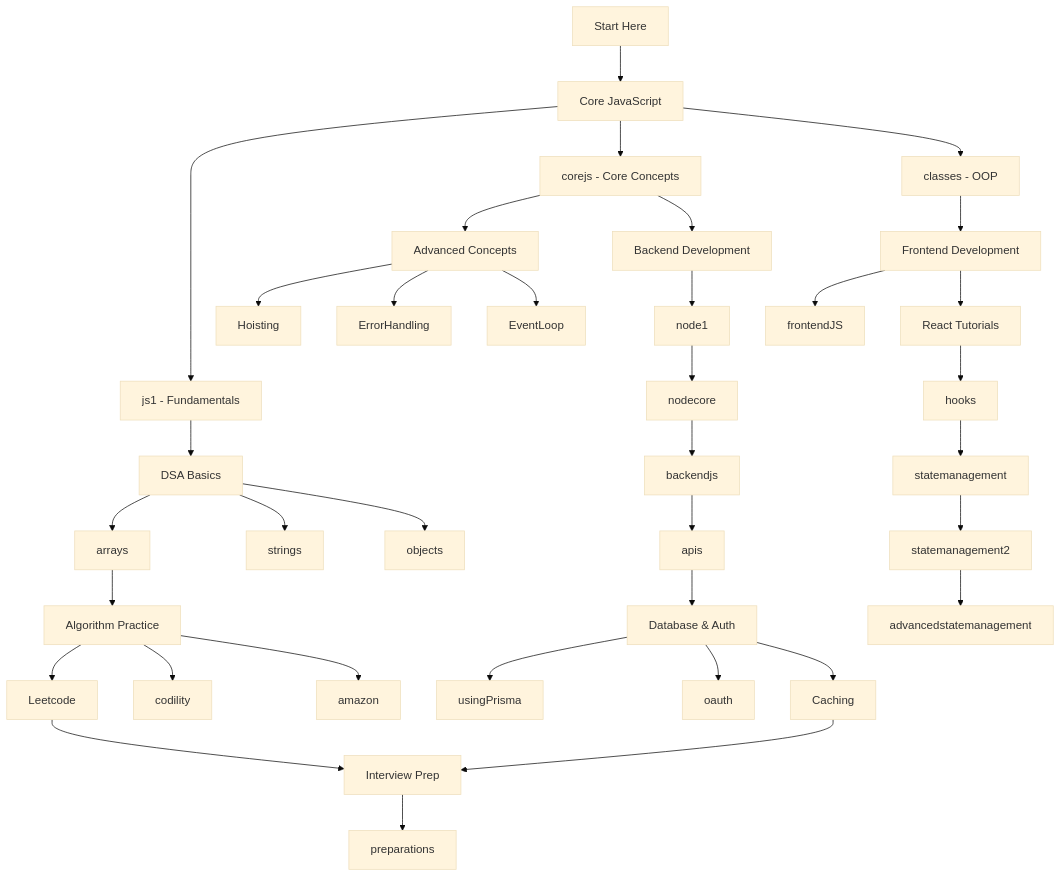
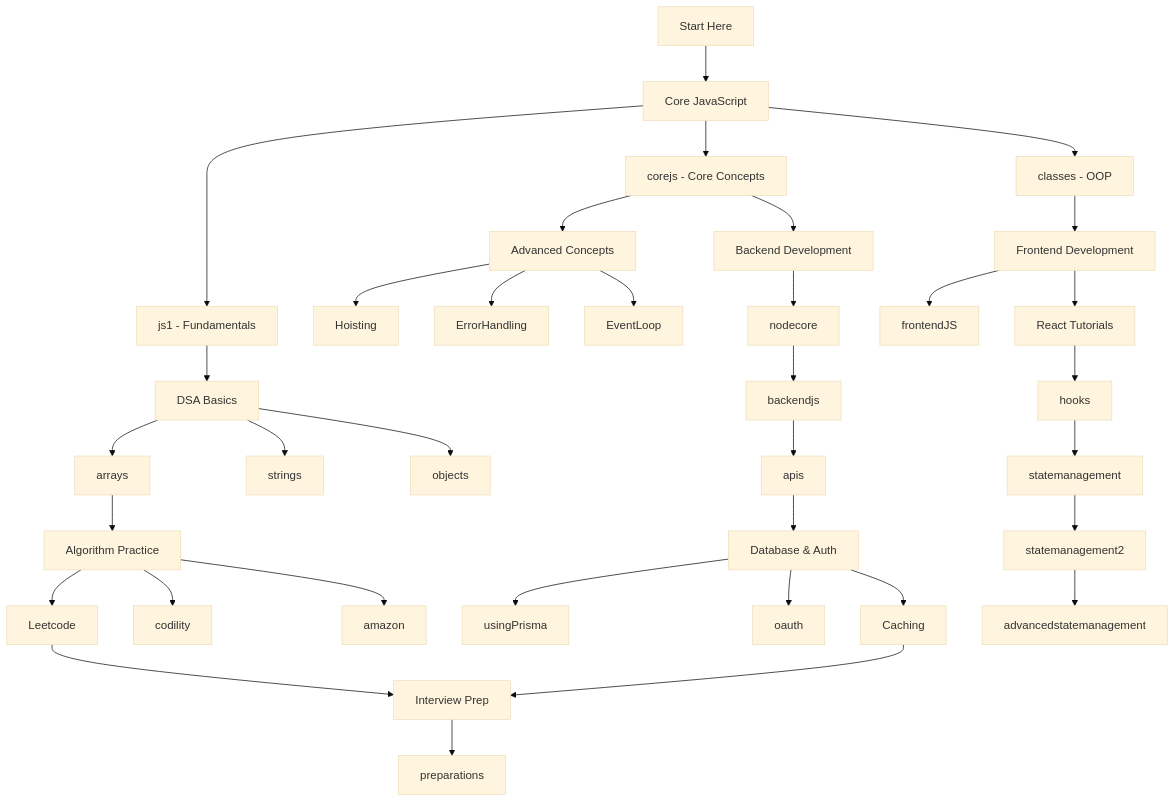
The diagram in README.md (Ritahchanger/Javascript-playground), drawn with Mermaid (base theme) before and after one commit. The commit also changed other lines of this file and 2 other files, not shown here.

First line of the commit message:
Remove empty node1 scaffold

````diff
--- a/README.md
+++ b/README.md
@@ -270,45 +266,44 @@
 ```mermaid
 graph TD
     A[Start Here] --> B[Core JavaScript]
     B --> C[js1 - Fundamentals]
     B --> D[corejs - Core Concepts]
     B --> E[classes - OOP]
     
     C --> F[DSA Basics]
     F --> G[arrays]
     F --> H[strings]
     F --> I[objects]
     
     G --> J[Algorithm Practice]
     J --> K[Leetcode]
     J --> L[codility]
     J --> M[amazon]
     
     D --> N[Advanced Concepts]
     N --> O[Hoisting]
     N --> P[ErrorHandling]
     N --> Q[EventLoop]
     
     E --> R[Frontend Development]
     R --> S[frontendJS]
     R --> T[React Tutorials]
     T --> U[hooks]
     U --> V[statemanagement]
     V --> V2[statemanagement2]
     V2 --> W[advancedstatemanagement]
     
     D --> X[Backend Development]
-    X --> Y[node1]
-    Y --> Z[nodecore]
+    X --> Z[nodecore]
     Z --> AA[backendjs]
     AA --> AB[apis]
     
     AB --> AC[Database & Auth]
     AC --> AD[usingPrisma]
     AC --> AE[oauth]
     AC --> AF[Caching]
     
     K --> AG[Interview Prep]
     AF --> AG
     AG --> AH[preparations]
 ```
````
